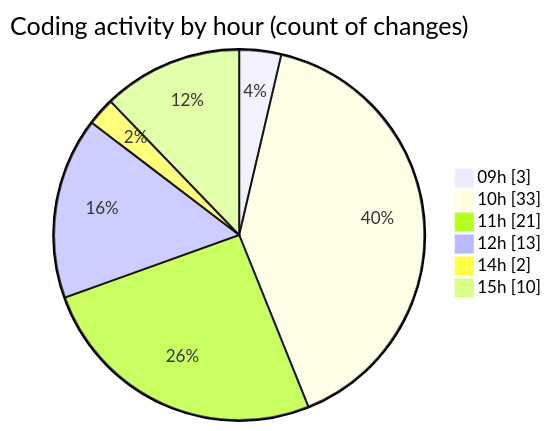
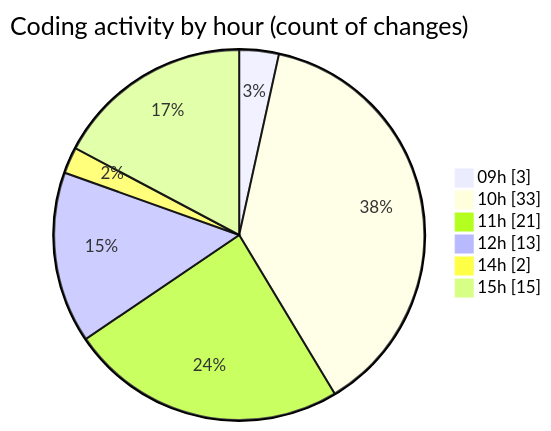
One commit to momahboobian/code-tracking changed the second of 2 diagrams in 2025-10-31/cda/README.md. Above: the diagram before and after it, drawn with Mermaid. The commit also changed other lines of this file and 1 other file, not shown here.

````diff
--- a/2025-10-31/cda/README.md
+++ b/2025-10-31/cda/README.md
@@ -39,10 +39,10 @@
 ```mermaid
 pie showData
 title Coding activity by hour (count of changes)
 "09h" : 3
 "10h" : 33
 "11h" : 21
 "12h" : 13
 "14h" : 2
-"15h" : 10
+"15h" : 15
 ```
````
